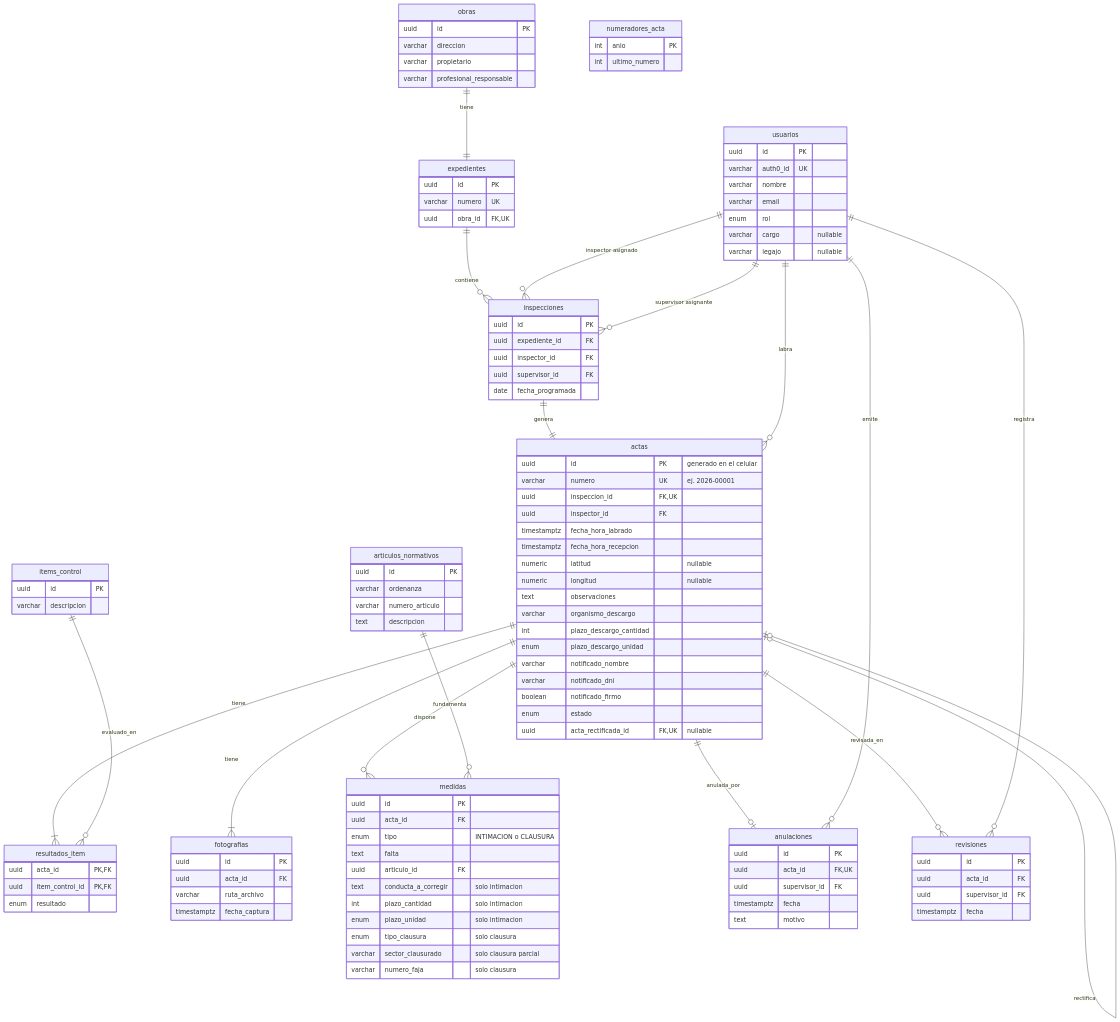
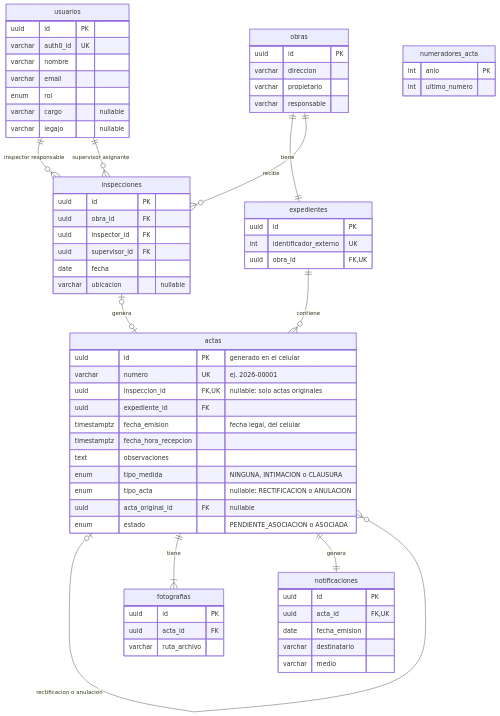
One commit to franiiel/TP-Integrador-ArqDeSoftware1 changed the diagram in docs/diagramas/modelo-datos.mmd. Above: the diagram before and after it, drawn with Mermaid. The commit also changed 20 other files, not shown here.

```diff
--- a/docs/diagramas/modelo-datos.mmd
+++ b/docs/diagramas/modelo-datos.mmd
@@ -1,115 +1,68 @@
 erDiagram
     usuarios {
         uuid id PK
         varchar auth0_id UK
         varchar nombre
         varchar email
         enum rol
         varchar cargo "nullable"
         varchar legajo "nullable"
     }
     obras {
         uuid id PK
         varchar direccion
         varchar propietario
-        varchar profesional_responsable
+        varchar responsable
     }
     expedientes {
         uuid id PK
-        varchar numero UK
+        int identificador_externo UK
         uuid obra_id FK,UK
     }
     inspecciones {
         uuid id PK
-        uuid expediente_id FK
+        uuid obra_id FK
         uuid inspector_id FK
         uuid supervisor_id FK
-        date fecha_programada
+        date fecha
+        varchar ubicacion "nullable"
     }
     actas {
         uuid id PK "generado en el celular"
         varchar numero UK "ej. 2026-00001"
-        uuid inspeccion_id FK,UK
-        uuid inspector_id FK
-        timestamptz fecha_hora_labrado
+        uuid inspeccion_id FK,UK "nullable: solo actas originales"
+        uuid expediente_id FK
+        timestamptz fecha_emision "fecha legal, del celular"
         timestamptz fecha_hora_recepcion
-        numeric latitud "nullable"
-        numeric longitud "nullable"
         text observaciones
-        varchar organismo_descargo
-        int plazo_descargo_cantidad
-        enum plazo_descargo_unidad
-        varchar notificado_nombre
-        varchar notificado_dni
-        boolean notificado_firmo
-        enum estado
-        uuid acta_rectificada_id FK,UK "nullable"
+        enum tipo_medida "NINGUNA, INTIMACION o CLAUSURA"
+        enum tipo_acta "nullable: RECTIFICACION o ANULACION"
+        uuid acta_original_id FK "nullable"
+        enum estado "PENDIENTE_ASOCIACION o ASOCIADA"
     }
     numeradores_acta {
         int anio PK
         int ultimo_numero
     }
-    items_control {
-        uuid id PK
-        varchar descripcion
-    }
-    resultados_item {
-        uuid acta_id PK,FK
-        uuid item_control_id PK,FK
-        enum resultado
-    }
     fotografias {
         uuid id PK
         uuid acta_id FK
         varchar ruta_archivo
-        timestamptz fecha_captura
     }
-    articulos_normativos {
-        uuid id PK
-        varchar ordenanza
-        varchar numero_articulo
-        text descripcion
-    }
-    medidas {
-        uuid id PK
-        uuid acta_id FK
-        enum tipo "INTIMACION o CLAUSURA"
-        text falta
-        uuid articulo_id FK
-        text conducta_a_corregir "solo intimacion"
-        int plazo_cantidad "solo intimacion"
-        enum plazo_unidad "solo intimacion"
-        enum tipo_clausura "solo clausura"
-        varchar sector_clausurado "solo clausura parcial"
-        varchar numero_faja "solo clausura"
-    }
-    anulaciones {
+    notificaciones {
         uuid id PK
         uuid acta_id FK,UK
-        uuid supervisor_id FK
-        timestamptz fecha
-        text motivo
-    }
-    revisiones {
-        uuid id PK
-        uuid acta_id FK
-        uuid supervisor_id FK
-        timestamptz fecha
+        date fecha_emision
+        varchar destinatario
+        varchar medio
     }
 
     obras ||--|| expedientes : tiene
-    expedientes ||--o{ inspecciones : contiene
-    usuarios ||--o{ inspecciones : "inspector asignado"
+    obras ||--o{ inspecciones : recibe
+    usuarios ||--o{ inspecciones : "inspector responsable"
     usuarios ||--o{ inspecciones : "supervisor asignante"
-    inspecciones ||--|| actas : genera
-    usuarios ||--o{ actas : labra
-    actas |o--o| actas : rectifica
-    actas ||--|{ resultados_item : tiene
-    items_control ||--o{ resultados_item : evaluado_en
+    inspecciones |o--o| actas : genera
+    expedientes ||--o{ actas : contiene
+    actas |o--o{ actas : "rectificacion o anulacion"
     actas ||--|{ fotografias : tiene
-    actas ||--o{ medidas : dispone
-    articulos_normativos ||--o{ medidas : fundamenta
-    actas ||--o| anulaciones : anulada_por
-    usuarios ||--o{ anulaciones : emite
-    actas ||--o{ revisiones : revisada_en
-    usuarios ||--o{ revisiones : registra
+    actas ||--|| notificaciones : genera
```
